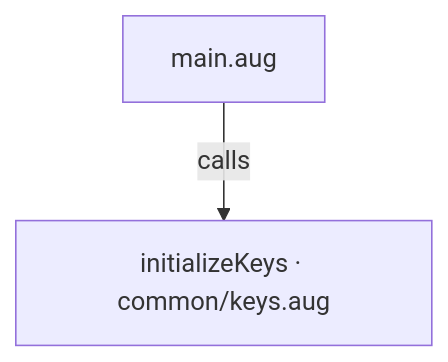
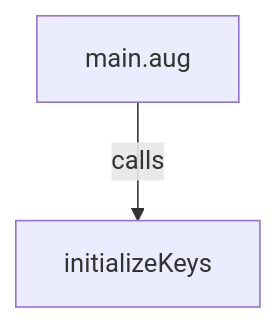
One commit to GreenPandaStudios/augscript changed the first of 2 diagrams in docs/examples/oidc-login/main-diagrams.md. Above: the diagram before and after it, drawn with Mermaid. The commit also changed other lines of this file and 524 other files, not shown here.

Commit message:
Explain checked data flow at folder and service levels

````diff
--- a/docs/examples/oidc-login/main-diagrams.md
+++ b/docs/examples/oidc-login/main-diagrams.md
@@ -23,6 +20,6 @@
 ```mermaid
 flowchart TD
-    n0["initializeKeys · common/keys.aug"]
+    n0["initializeKeys"]
     n1["main.aug"]
     n1 -->|"calls"| n0
 ```
````
